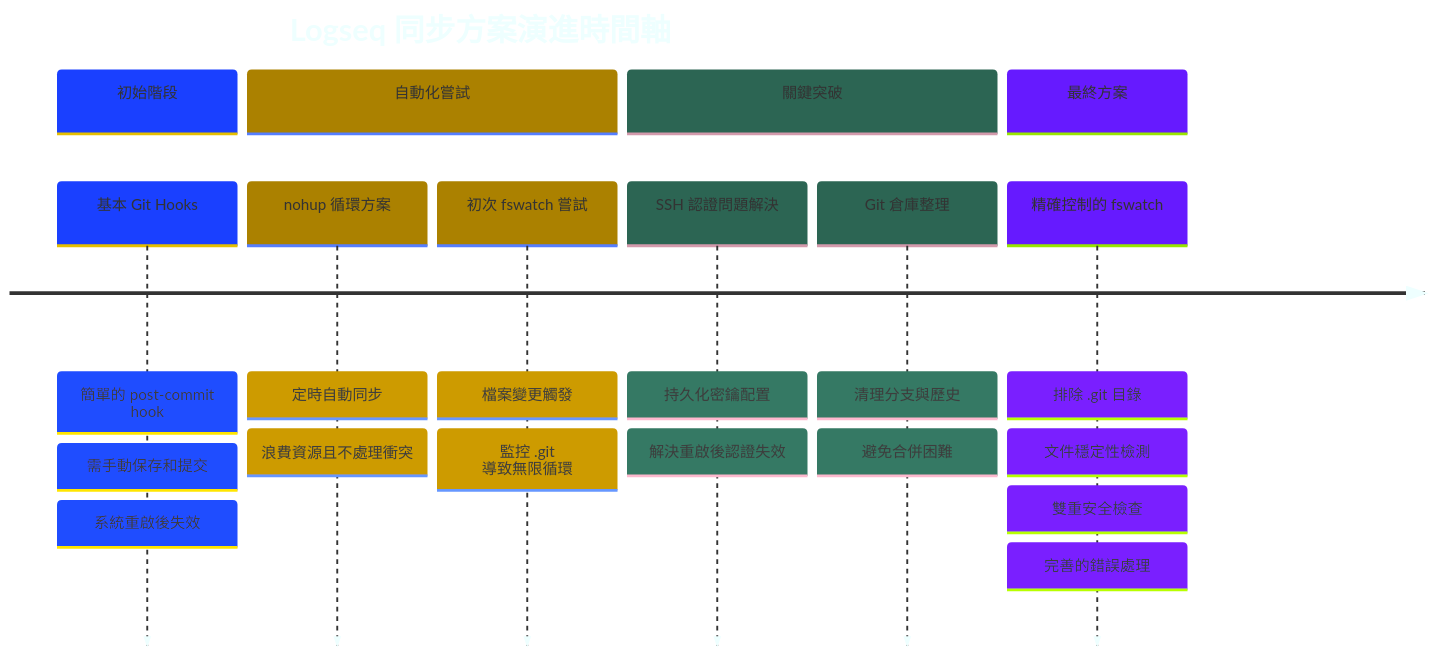
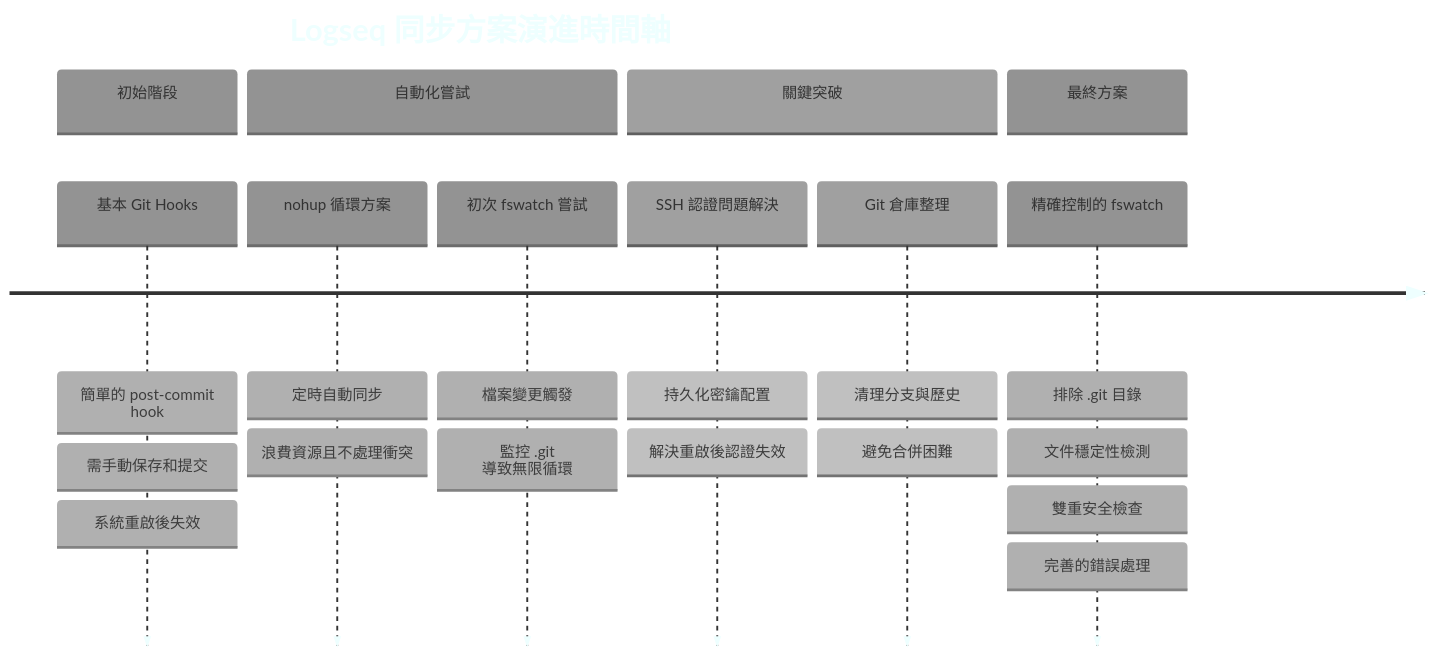
One commit to GengGeng026/Sync-Logseq changed the first of 2 diagrams in Logseq同步方案演進記錄.md. Above: the diagram before and after it, drawn with Mermaid.

Commit message:
Auto-sync: Wed Mar 26 09:39:53 +08 2025

````diff
--- a/Logseq同步方案演進記錄.md
+++ b/Logseq同步方案演進記錄.md
@@ -24,38 +24,36 @@
 ```mermaid
 %%{init: {
   'theme': 'base', 
   'themeVariables': {
-    'primaryColor': '#99AAFF',
-    'secondaryColor': '#FFCB2B',
-    'tertiaryColor': '#59B79A',
+    'primaryColor': 'lightgrey',
     'lineColor': '#C792EA',
     'primaryBorderColor': '#59B79A',
     'background': 'transparent',
     'textColor': '#EEFFFF',
     'nodeBorder': '#59B79A',
     'clusterBkg': 'transparent',
     'titleColor': '#EEFFFF'
   }
 }}%%
 timeline
     title Logseq 同步方案演進時間軸
     section 初始階段
         基本 Git Hooks : 簡單的 post-commit hook
         : 需手動保存和提交
         : 系統重啟後失效
     section 自動化嘗試
         nohup 循環方案 : 定時自動同步
         : 浪費資源且不處理衝突
         初次 fswatch 嘗試 : 檔案變更觸發
         : 監控 .git 導致無限循環
     section 關鍵突破
         SSH 認證問題解決 : 持久化密鑰配置
         : 解決重啟後認證失效
         Git 倉庫整理 : 清理分支與歷史
         : 避免合併困難
     section 最終方案
         精確控制的 fswatch : 排除 .git 目錄
         : 文件穩定性檢測
         : 雙重安全檢查
         : 完善的錯誤處理
 ```
````
